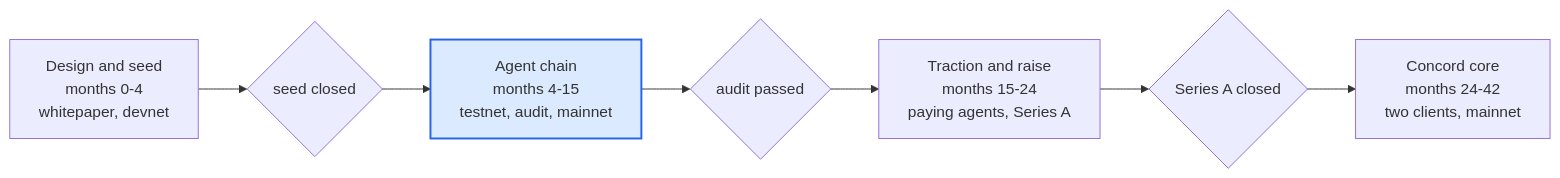
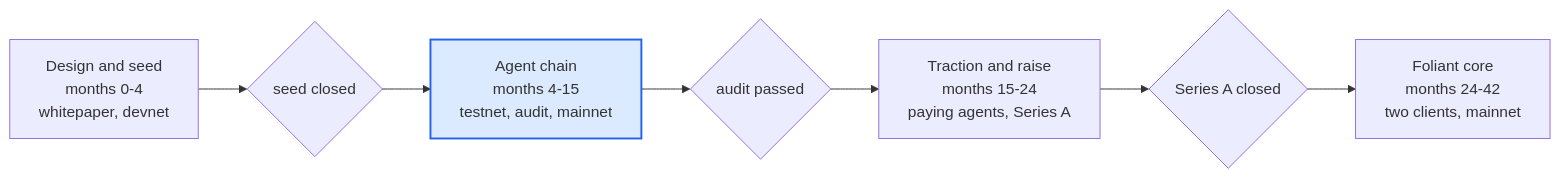
Before and after one commit to gazoy/concord: the second of 2 diagrams in docs/study.md, drawn with Mermaid. The commit also changed other lines of this file and 22 other files, not shown here.

Commit message:
Rename Concord to Foliant (package, docs, token ticker CON -> FOL)

````diff
--- a/docs/study.md
+++ b/docs/study.md
@@ -186,10 +186,10 @@
 ```mermaid
 flowchart LR
   P1["Design and seed<br/>months 0-4<br/>whitepaper, devnet"] --> G1{"seed closed"}
   G1 --> P2["Agent chain<br/>months 4-15<br/>testnet, audit, mainnet"]:::accent
   P2 --> G2{"audit passed"}
   G2 --> P3["Traction and raise<br/>months 15-24<br/>paying agents, Series A"]
   P3 --> G3{"Series A closed"}
-  G3 --> P4["Concord core<br/>months 24-42<br/>two clients, mainnet"]
+  G3 --> P4["Foliant core<br/>months 24-42<br/>two clients, mainnet"]
   classDef accent fill:#dbeafe,stroke:#2563eb,stroke-width:2px;
 ```
````
